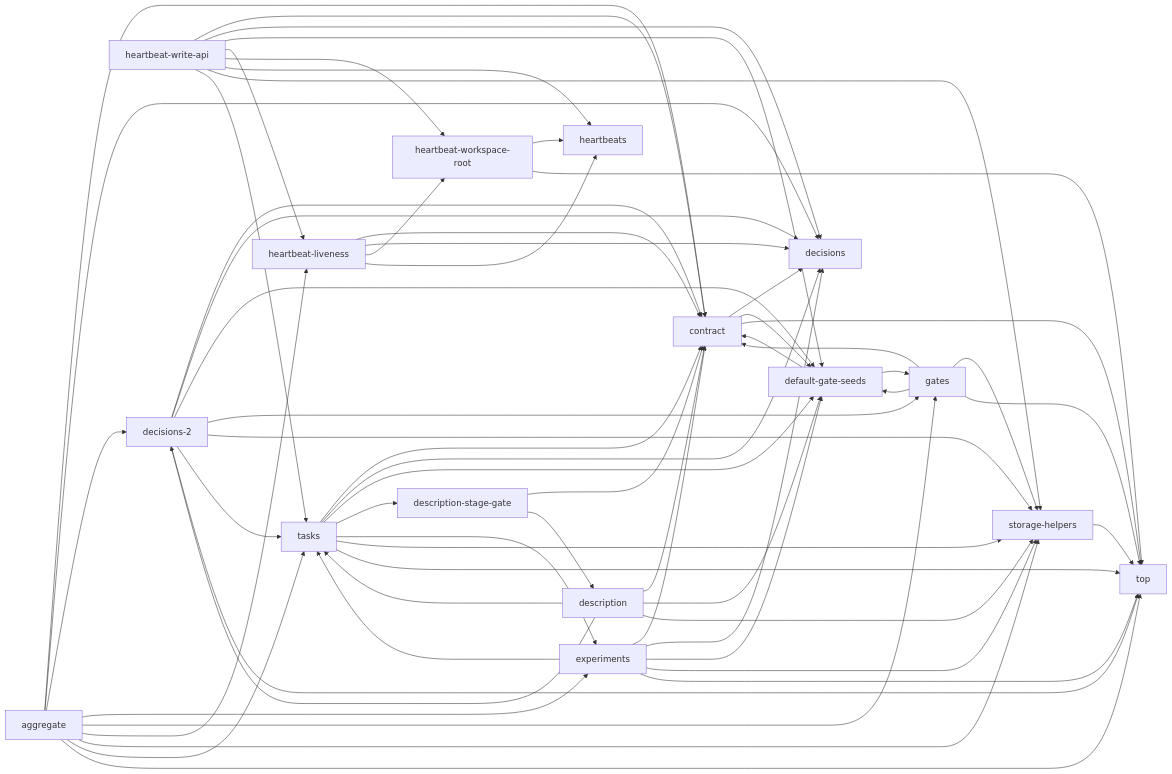
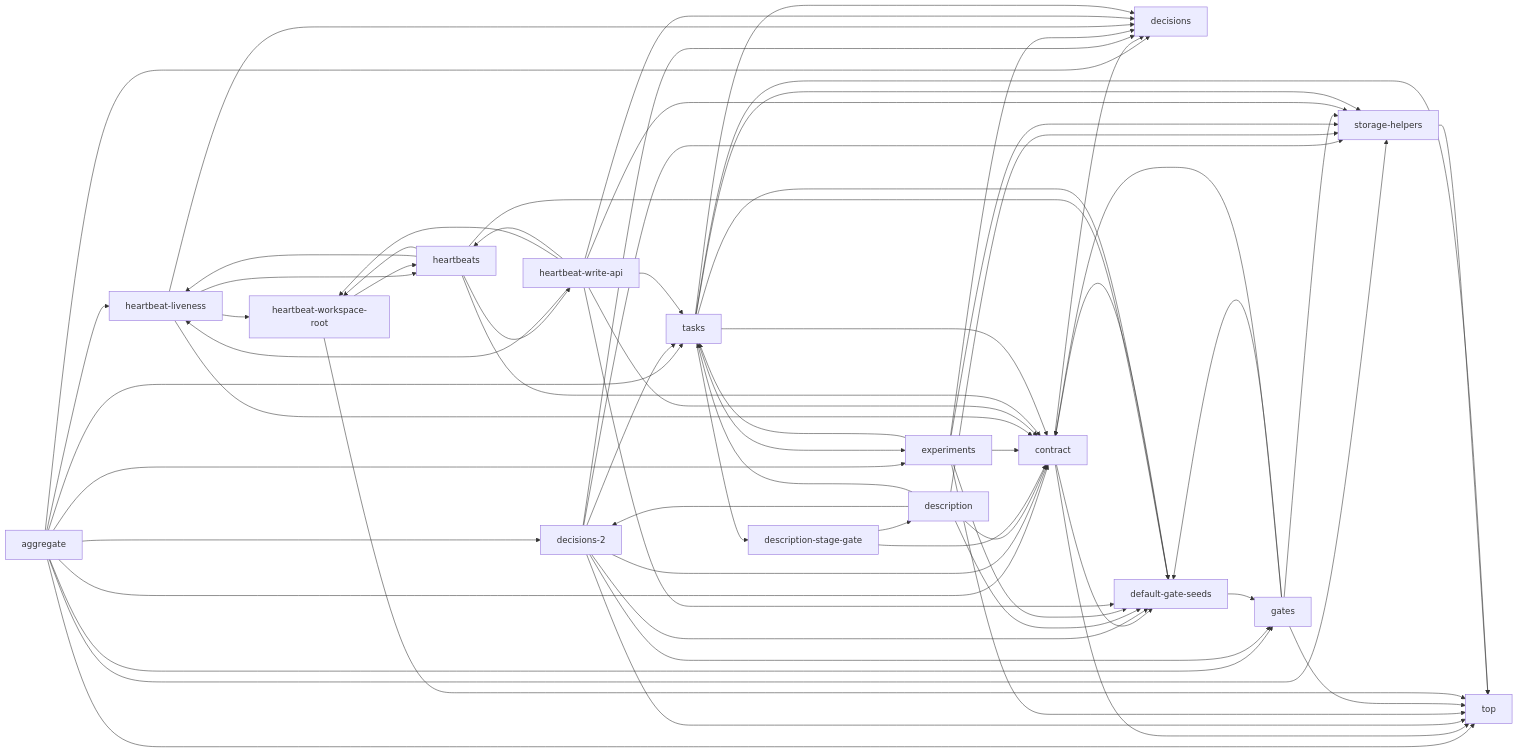
Before and after one commit to Han-Haocheng/project-flow: the fourth of 12 diagrams in docs/project-description.md, drawn with Mermaid. The commit also changed other lines of this file and 13 other files, not shown here.

````diff
--- a/docs/project-description.md
+++ b/docs/project-description.md
@@ -340,63 +340,68 @@
 ```mermaid
 graph LR
   m13["aggregate"] --> m2["contract"]
   m13["aggregate"] --> m1["decisions"]
   m13["aggregate"] --> m8["decisions-2"]
   m13["aggregate"] --> m5["experiments"]
   m13["aggregate"] --> m7["gates"]
   m13["aggregate"] --> m11["heartbeat-liveness"]
   m13["aggregate"] --> m4["storage-helpers"]
   m13["aggregate"] --> m6["tasks"]
   m13["aggregate"] --> m0["top"]
   m2["contract"] --> m1["decisions"]
   m2["contract"] --> m3["default-gate-seeds"]
   m2["contract"] --> m0["top"]
   m8["decisions-2"] --> m2["contract"]
   m8["decisions-2"] --> m1["decisions"]
   m8["decisions-2"] --> m3["default-gate-seeds"]
   m8["decisions-2"] --> m7["gates"]
   m8["decisions-2"] --> m4["storage-helpers"]
   m8["decisions-2"] --> m6["tasks"]
   m8["decisions-2"] --> m0["top"]
   m3["default-gate-seeds"] --> m2["contract"]
   m3["default-gate-seeds"] --> m7["gates"]
   m14["description"] --> m2["contract"]
   m14["description"] --> m8["decisions-2"]
   m14["description"] --> m3["default-gate-seeds"]
   m14["description"] --> m4["storage-helpers"]
   m14["description"] --> m6["tasks"]
   m15["description-stage-gate"] --> m2["contract"]
   m15["description-stage-gate"] --> m14["description"]
   m5["experiments"] --> m2["contract"]
   m5["experiments"] --> m1["decisions"]
   m5["experiments"] --> m3["default-gate-seeds"]
   m5["experiments"] --> m4["storage-helpers"]
   m5["experiments"] --> m6["tasks"]
   m5["experiments"] --> m0["top"]
   m7["gates"] --> m2["contract"]
   m7["gates"] --> m3["default-gate-seeds"]
   m7["gates"] --> m4["storage-helpers"]
   m7["gates"] --> m0["top"]
   m11["heartbeat-liveness"] --> m2["contract"]
   m11["heartbeat-liveness"] --> m1["decisions"]
   m11["heartbeat-liveness"] --> m10["heartbeat-workspace-root"]
   m11["heartbeat-liveness"] --> m9["heartbeats"]
   m10["heartbeat-workspace-root"] --> m9["heartbeats"]
   m10["heartbeat-workspace-root"] --> m0["top"]
   m12["heartbeat-write-api"] --> m2["contract"]
   m12["heartbeat-write-api"] --> m1["decisions"]
   m12["heartbeat-write-api"] --> m3["default-gate-seeds"]
   m12["heartbeat-write-api"] --> m11["heartbeat-liveness"]
   m12["heartbeat-write-api"] --> m10["heartbeat-workspace-root"]
   m12["heartbeat-write-api"] --> m9["heartbeats"]
   m12["heartbeat-write-api"] --> m4["storage-helpers"]
   m12["heartbeat-write-api"] --> m6["tasks"]
+  m9["heartbeats"] --> m2["contract"]
+  m9["heartbeats"] --> m3["default-gate-seeds"]
+  m9["heartbeats"] --> m11["heartbeat-liveness"]
+  m9["heartbeats"] --> m10["heartbeat-workspace-root"]
+  m9["heartbeats"] --> m12["heartbeat-write-api"]
   m4["storage-helpers"] --> m0["top"]
   m6["tasks"] --> m2["contract"]
   m6["tasks"] --> m1["decisions"]
   m6["tasks"] --> m3["default-gate-seeds"]
   m6["tasks"] --> m15["description-stage-gate"]
   m6["tasks"] --> m5["experiments"]
   m6["tasks"] --> m4["storage-helpers"]
   m6["tasks"] --> m0["top"]
 ```
````
